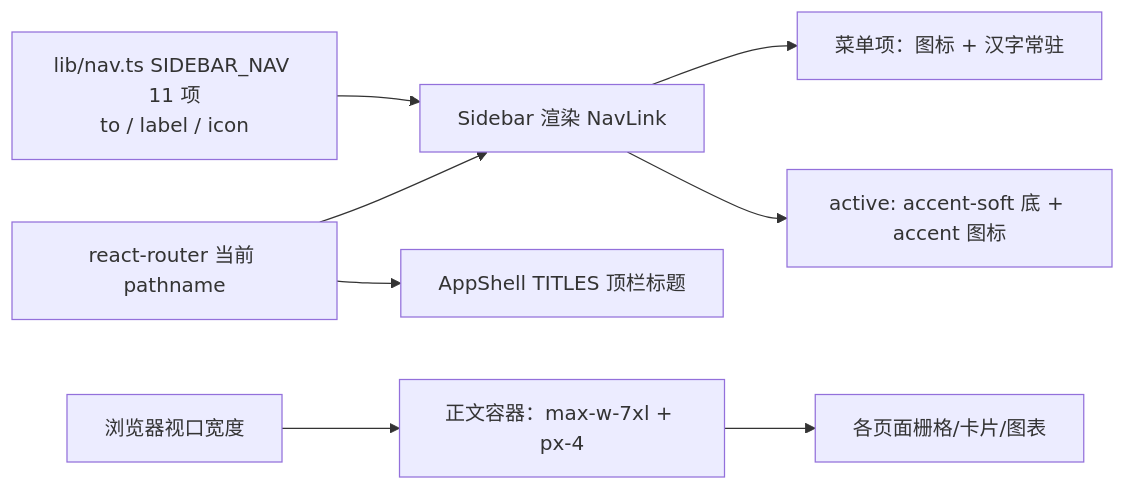
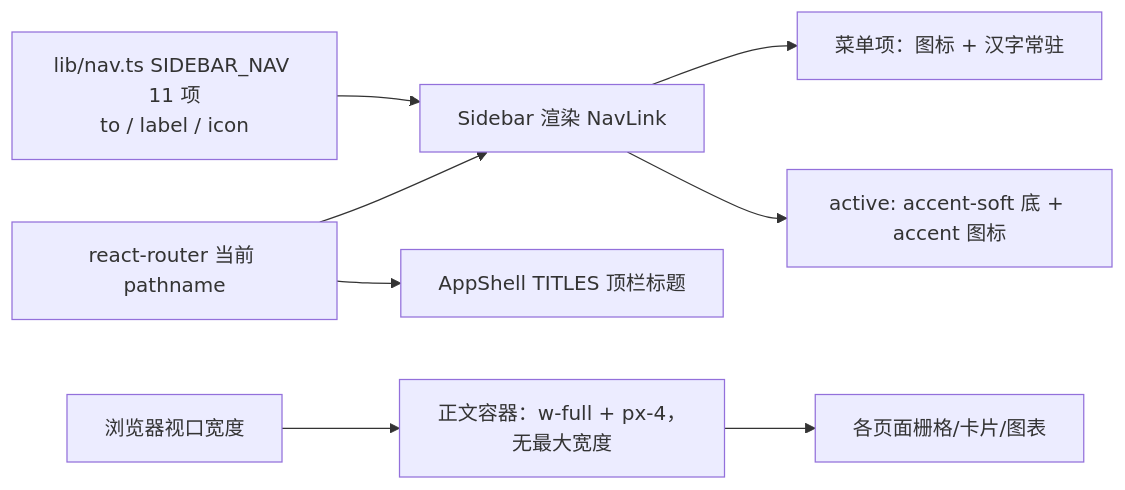
Before and after one commit to 981126/echo: the second of 2 diagrams in development-design/R-256-sidebar-rail-and-content-width.md, drawn with Mermaid. The commit also changed other lines of this file and 5 other files, not shown here.

````diff
--- a/development-design/R-256-sidebar-rail-and-content-width.md
+++ b/development-design/R-256-sidebar-rail-and-content-width.md
@@ -56,10 +56,10 @@
 ```mermaid
 flowchart LR
     N[lib/nav.ts SIDEBAR_NAV 11 项<br/>to / label / icon] --> S[Sidebar 渲染 NavLink]
     R[react-router 当前 pathname] --> S
     S --> L[菜单项：图标 + 汉字常驻]
     S --> A[active: accent-soft 底 + accent 图标]
     R --> T[AppShell TITLES 顶栏标题]
-    V[浏览器视口宽度] --> W[正文容器：max-w-7xl + px-4]
+    V[浏览器视口宽度] --> W[正文容器：w-full + px-4，无最大宽度]
     W --> P[各页面栅格/卡片/图表]
 ```
````
